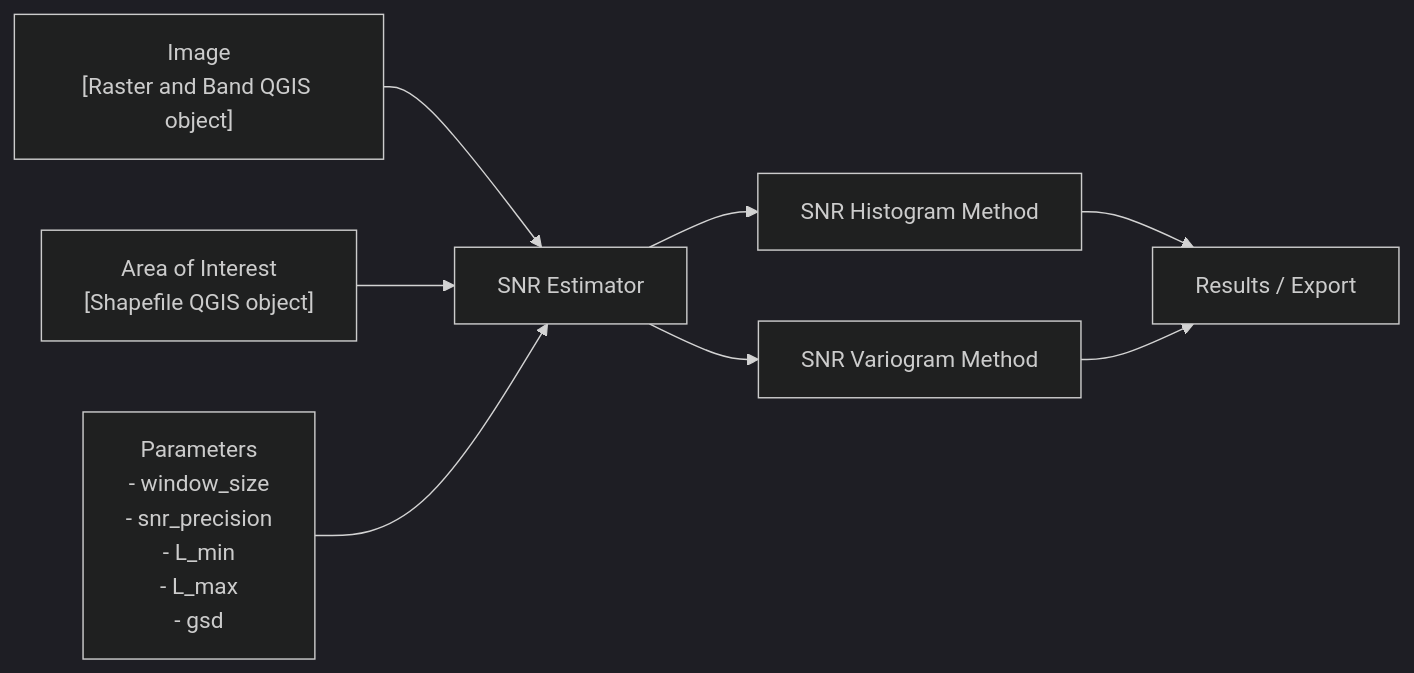
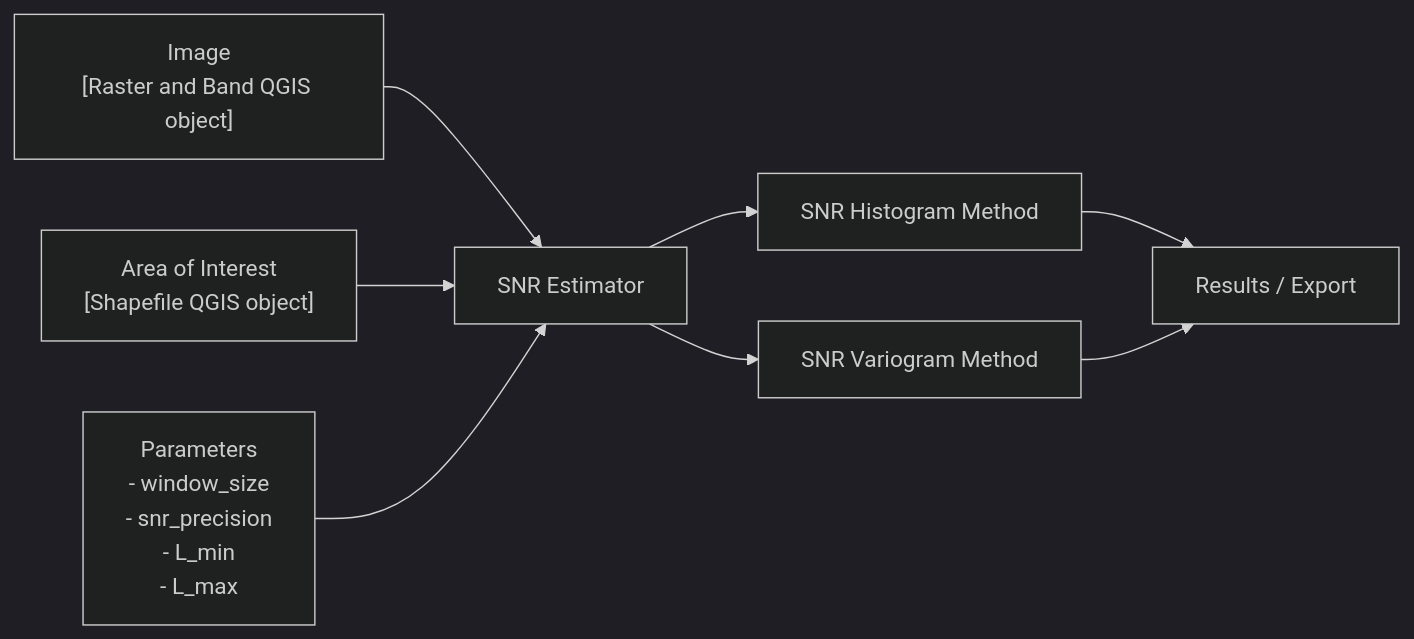
One commit to telespazio-tim/qgis-image-quality-toolset changed the second of 2 diagrams in README.md. Above: the diagram before and after it, drawn with Mermaid (dark theme). The commit also changed other lines of this file, not shown here.

First line of the commit message:
DOC: README corrections (parameters, command line, data, naming)

````diff
--- a/README.md
+++ b/README.md
@@ -108,10 +110,10 @@
 ```mermaid
 flowchart LR
     A1["Image<br>[Raster and Band QGIS object]"] --> B["SNR Estimator"]
     A2["Area of Interest<br>[Shapefile QGIS object]"] --> B
-    A3["Parameters<br>- window_size<br>- snr_precision<br>- L_min<br>- L_max<br>- gsd"] --> B
+    A3["Parameters<br>- window_size<br>- snr_precision<br>- L_min<br>- L_max"] --> B
     B --> H["SNR Histogram Method"]
     B --> V["SNR Variogram Method"]
     H --> R[Results / Export]
     V --> R
 ```
````
